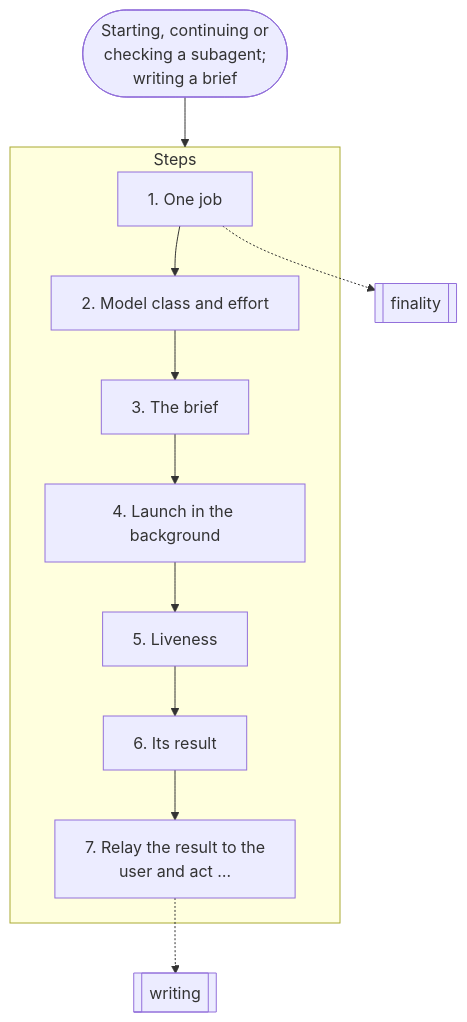
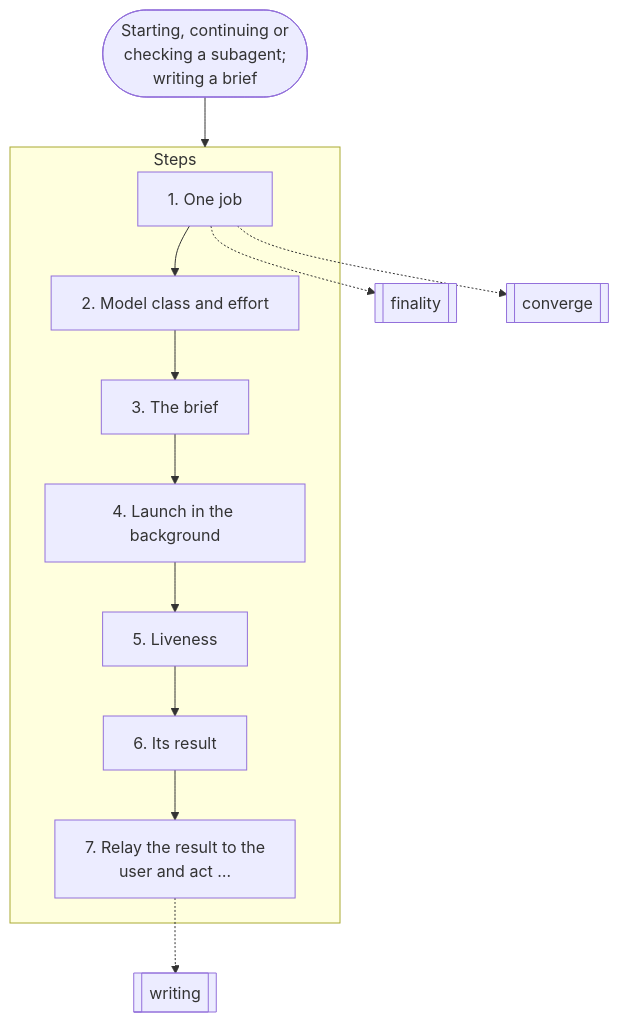
The eighth of 19 diagrams in docs/graphs.md (nitedani-agent/mergeworthy), drawn with Mermaid before and after one commit. The commit also changed other lines of this file and 22 other files, not shown here.

````diff
--- a/docs/graphs.md
+++ b/docs/graphs.md
@@ -207,22 +207,23 @@
 ```mermaid
 flowchart TB
   start(["Starting, continuing or<br/>checking a subagent;<br/>writing a brief"])
   subgraph g0["Steps"]
     s0["1. One job"]
     s1["2. Model class and effort"]
     s0 --> s1
     s2["3. The brief"]
     s1 --> s2
     s3["4. Launch in the background"]
     s2 --> s3
     s4["5. Liveness"]
     s3 --> s4
     s5["6. Its result"]
     s4 --> s5
     s6["7. Relay the result to the<br/>user and act …"]
     s5 --> s6
   end
   s0 -.-> r1[["finality"]]
-  s6 -.-> r2[["writing"]]
+  s0 -.-> r2[["converge"]]
+  s6 -.-> r3[["writing"]]
   start --> g0
 ```
````
